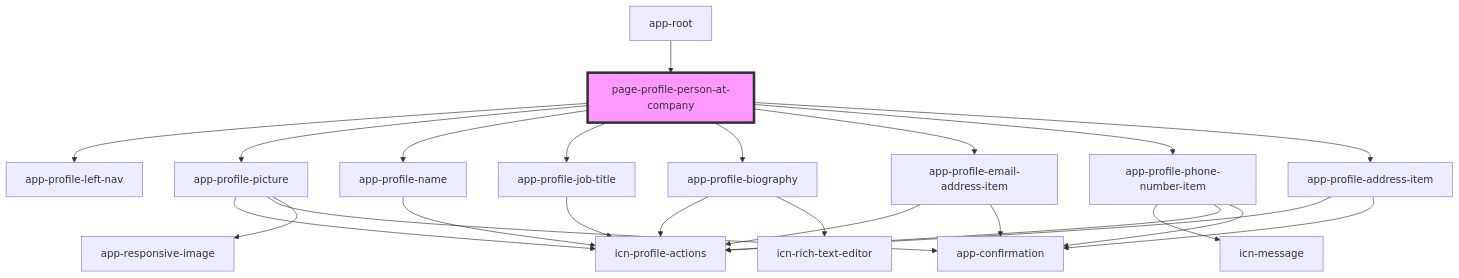
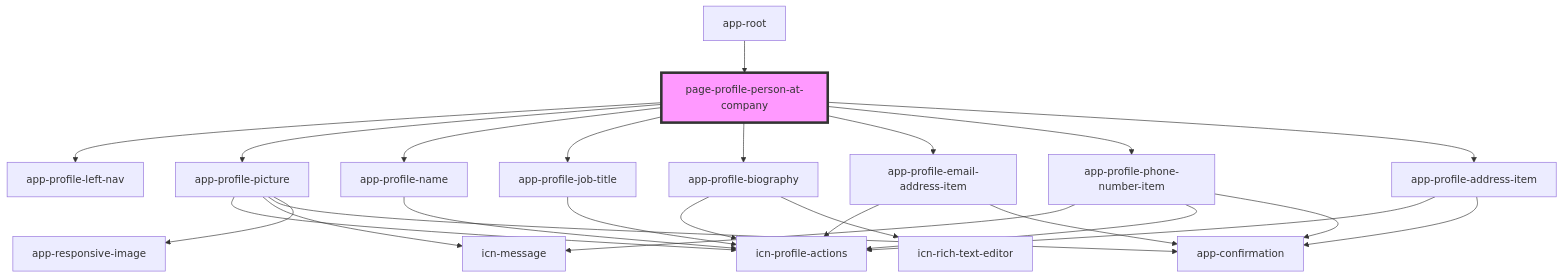
The diagram in iconeventnetwork-web/src/components/pages/page-profile-person-at-company/readme.md (lokheed/IconEventNetwork.Web), drawn with Mermaid before and after one commit. The commit also changed 10 other files, not shown here.

````diff
--- a/iconeventnetwork-web/src/components/pages/page-profile-person-at-company/readme.md
+++ b/iconeventnetwork-web/src/components/pages/page-profile-person-at-company/readme.md
@@ -33,27 +33,28 @@
 ```mermaid
 graph TD;
   page-profile-person-at-company --> app-profile-left-nav
   page-profile-person-at-company --> app-profile-picture
   page-profile-person-at-company --> app-profile-name
   page-profile-person-at-company --> app-profile-job-title
   page-profile-person-at-company --> app-profile-biography
   page-profile-person-at-company --> app-profile-email-address-item
   page-profile-person-at-company --> app-profile-phone-number-item
   page-profile-person-at-company --> app-profile-address-item
   app-profile-picture --> icn-profile-actions
+  app-profile-picture --> icn-message
   app-profile-picture --> app-confirmation
   app-profile-picture --> app-responsive-image
   app-profile-name --> icn-profile-actions
   app-profile-job-title --> icn-profile-actions
   app-profile-biography --> icn-profile-actions
   app-profile-biography --> icn-rich-text-editor
   app-profile-email-address-item --> icn-profile-actions
   app-profile-email-address-item --> app-confirmation
   app-profile-phone-number-item --> icn-message
   app-profile-phone-number-item --> icn-profile-actions
   app-profile-phone-number-item --> app-confirmation
   app-profile-address-item --> icn-profile-actions
   app-profile-address-item --> app-confirmation
   app-root --> page-profile-person-at-company
   style page-profile-person-at-company fill:#f9f,stroke:#333,stroke-width:4px
 ```
````
